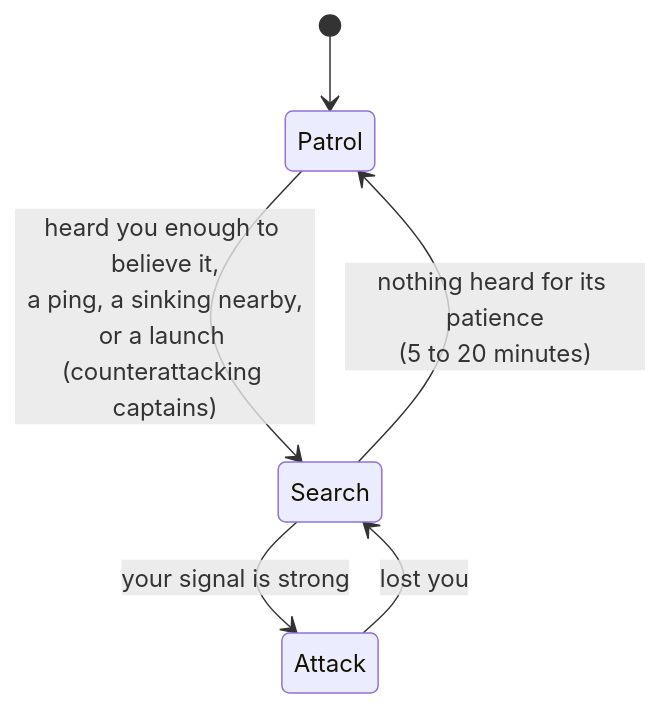
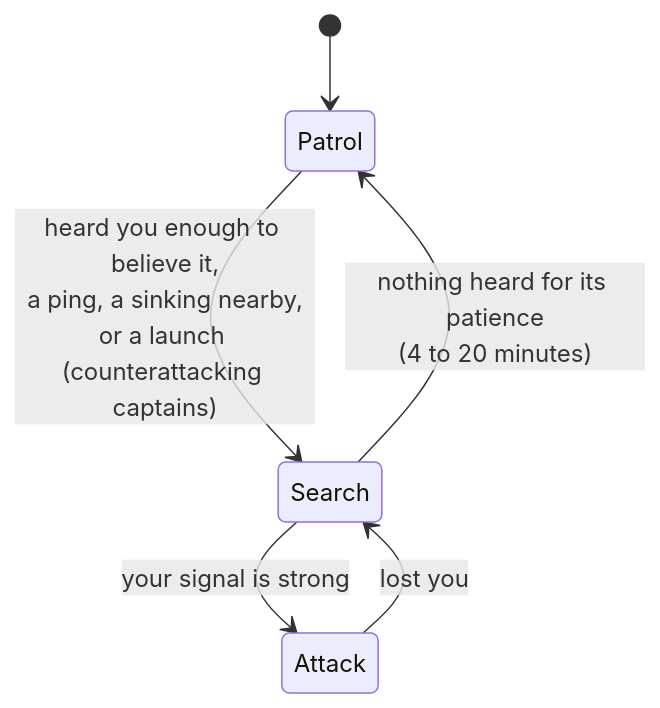
The third of 6 diagrams in manual.md (agiacalone/ghostboat), drawn with Mermaid before and after one commit. The commit also changed other lines of this file and 1 other file, not shown here.

````diff
--- a/manual.md
+++ b/manual.md
@@ -1649,9 +1673,9 @@
 ```mermaid
 %% A captain's alert states
 stateDiagram-v2
   [*] --> Patrol
   Patrol --> Search: heard you enough to believe it,<br/>a ping, a sinking nearby,<br/>or a launch (counterattacking captains)
   Search --> Attack: your signal is strong
   Attack --> Search: lost you
-  Search --> Patrol: nothing heard for its patience<br/>(5 to 20 minutes)
+  Search --> Patrol: nothing heard for its patience<br/>(4 to 20 minutes)
 ```
````
